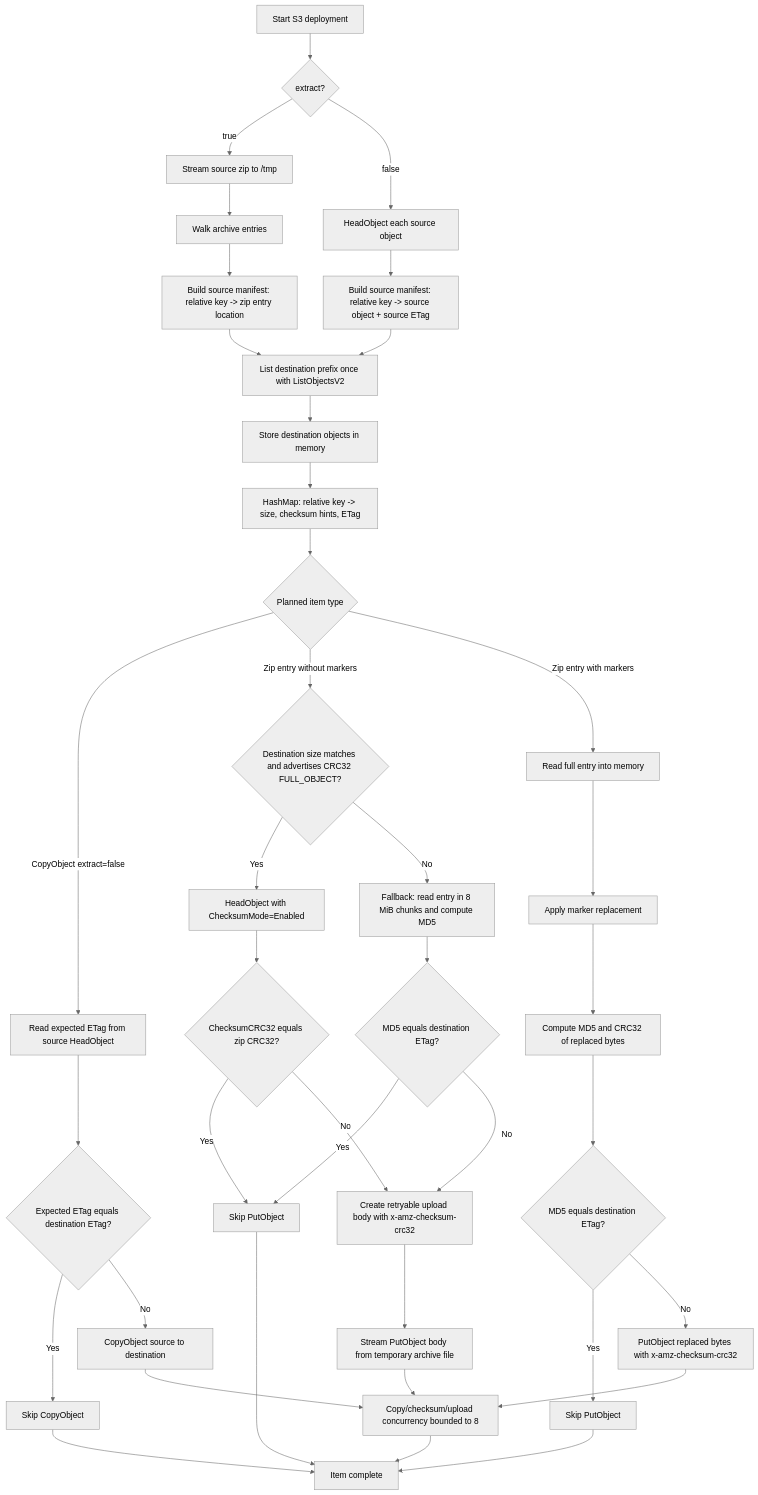
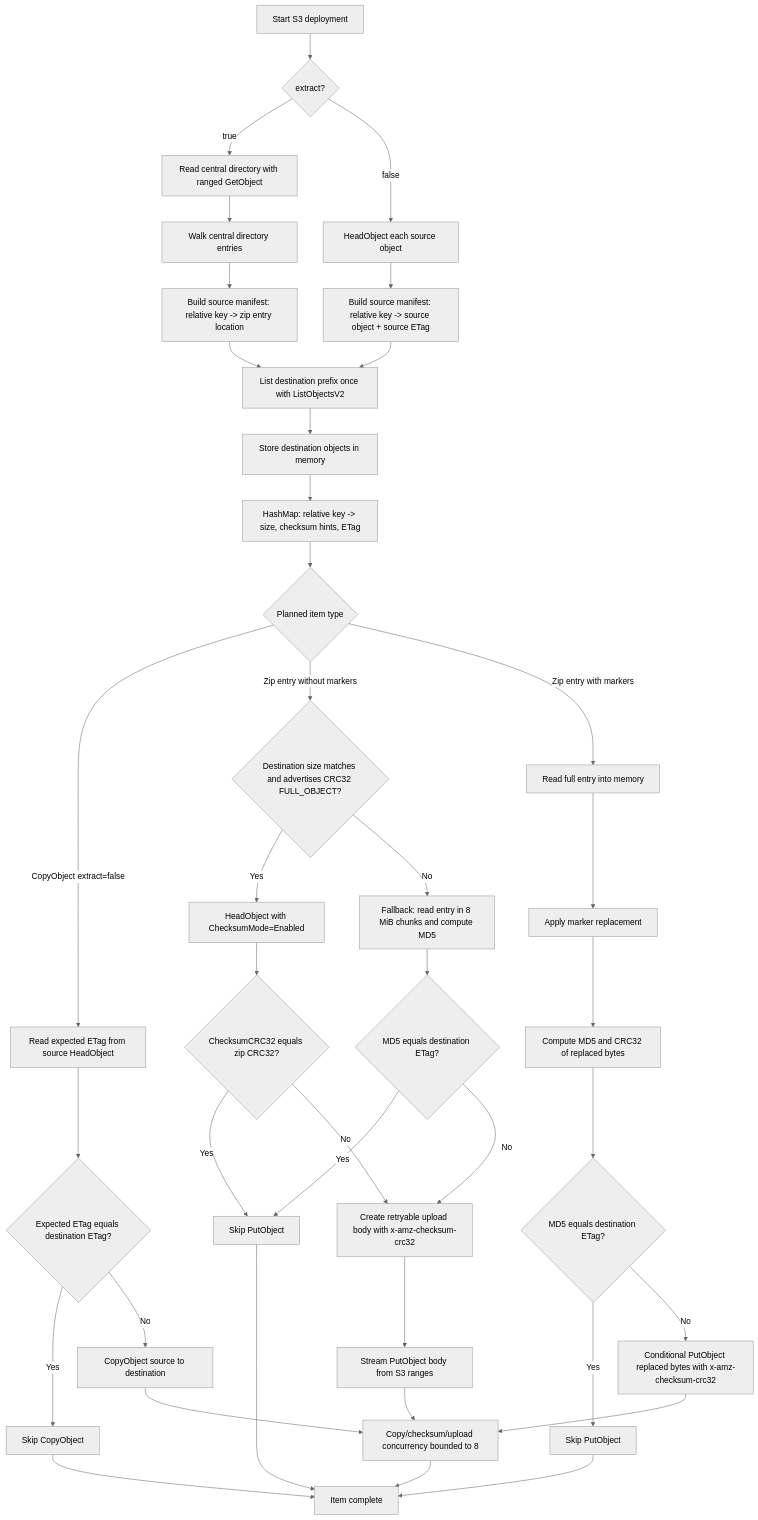
One commit to garysassano/shin-bucket-deployment changed the fourth of 4 diagrams in docs/lambda-workflow.md. Above: the diagram before and after it, drawn with Mermaid (neutral theme). The commit also changed other lines of this file and 16 other files, not shown here.

````diff
--- a/docs/lambda-workflow.md
+++ b/docs/lambda-workflow.md
@@ -174,48 +174,48 @@
 ```mermaid
 flowchart TD
   A["Start S3 deployment"] --> B{"extract?"}
 
-  B -->|true| C["Stream source zip to /tmp"]
-  C --> D["Walk archive entries"]
+  B -->|true| C["Read central directory with ranged GetObject"]
+  C --> D["Walk central directory entries"]
   D --> E["Build source manifest: relative key -> zip entry location"]
 
   B -->|false| F["HeadObject each source object"]
   F --> G["Build source manifest: relative key -> source object + source ETag"]
 
   E --> H["List destination prefix once with ListObjectsV2"]
   G --> H
   H --> I["Store destination objects in memory"]
   I --> J["HashMap: relative key -> size, checksum hints, ETag"]
   J --> K{"Planned item type"}
 
   K -->|CopyObject extract=false| L["Read expected ETag from source HeadObject"]
   L --> M{"Expected ETag equals destination ETag?"}
   M -->|Yes| N["Skip CopyObject"]
   M -->|No| O["CopyObject source to destination"]
 
   K -->|Zip entry without markers| P{"Destination size matches and advertises CRC32 FULL_OBJECT?"}
   P -->|Yes| Q["HeadObject with ChecksumMode=Enabled"]
   Q --> R{"ChecksumCRC32 equals zip CRC32?"}
   R -->|Yes| T["Skip PutObject"]
   R -->|No| U["Create retryable upload body with x-amz-checksum-crc32"]
   P -->|No| V["Fallback: read entry in 8 MiB chunks and compute MD5"]
   V --> W{"MD5 equals destination ETag?"}
   W -->|Yes| T
   W -->|No| U
-  U --> X["Stream PutObject body from temporary archive file"]
+  U --> X["Stream PutObject body from S3 ranges"]
 
   K -->|Zip entry with markers| Y["Read full entry into memory"]
   Y --> Z["Apply marker replacement"]
   Z --> AA["Compute MD5 and CRC32 of replaced bytes"]
   AA --> AB{"MD5 equals destination ETag?"}
   AB -->|Yes| AC["Skip PutObject"]
-  AB -->|No| AD["PutObject replaced bytes with x-amz-checksum-crc32"]
+  AB -->|No| AD["Conditional PutObject replaced bytes with x-amz-checksum-crc32"]
 
   O --> AE["Copy/checksum/upload concurrency bounded to 8"]
   X --> AE
   AD --> AE
   N --> AF["Item complete"]
   T --> AF
   AC --> AF
   AE --> AF
 ```
````
